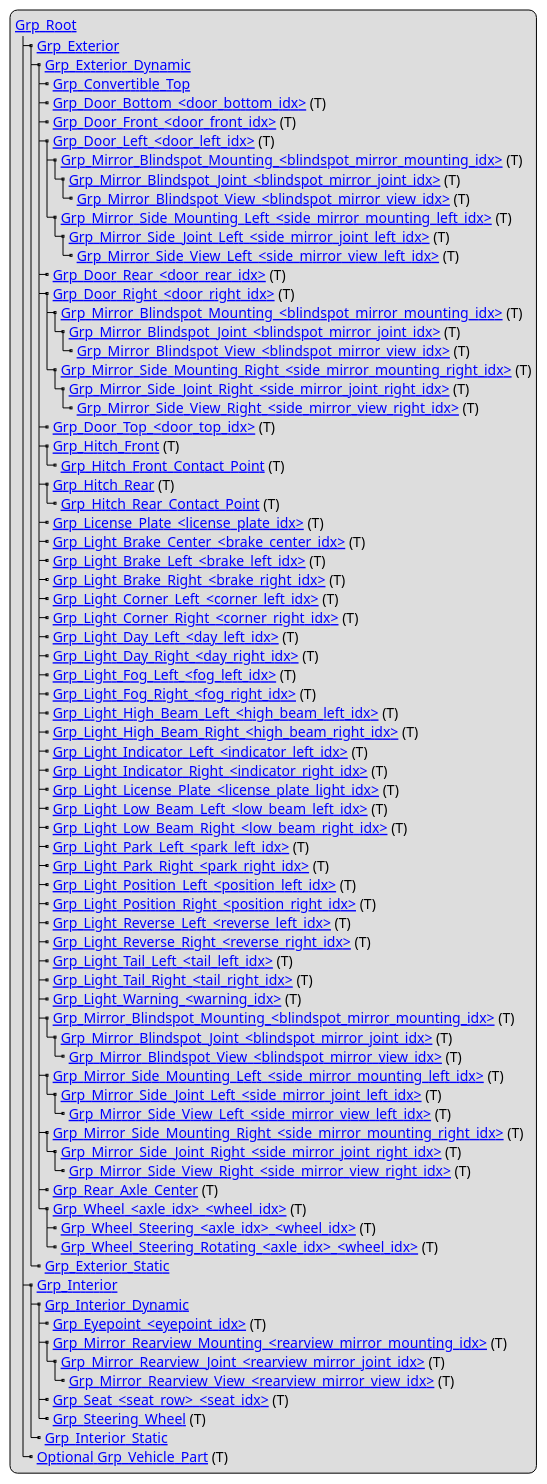
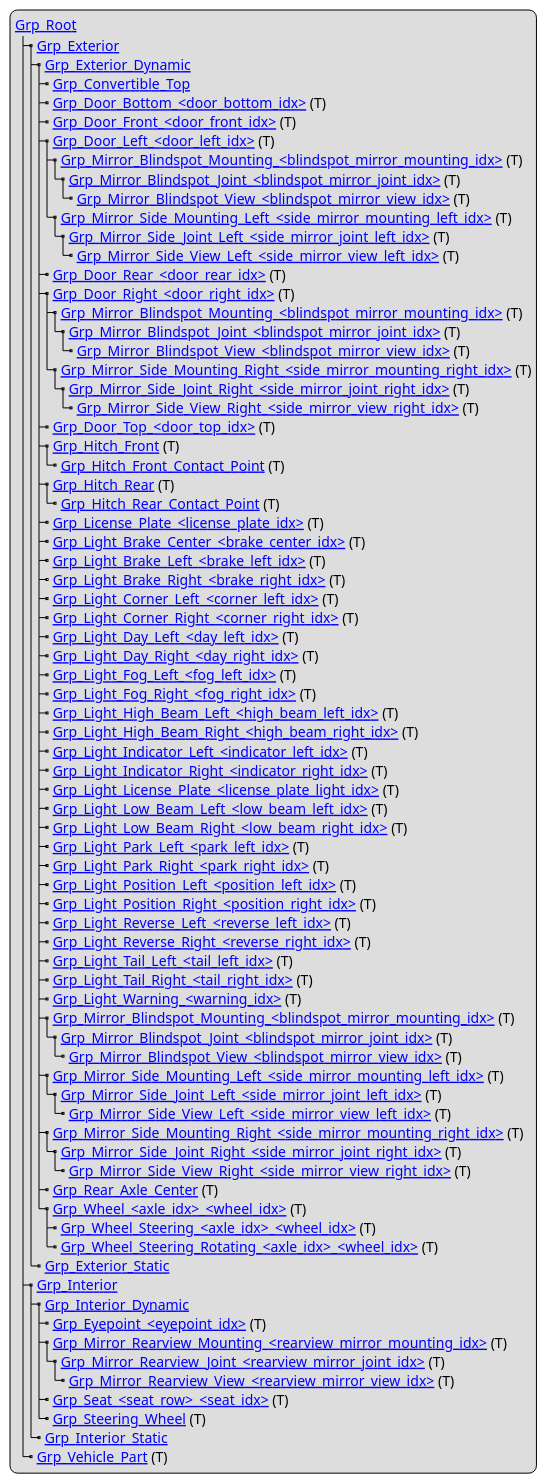
The diagram in content/geometry/object-vehicle/vehicle-structure.adoc (asam-ev/OpenMATERIAL), drawn with PlantUML before and after one commit. The commit also changed other lines of this file, not shown here.

Commit message:
Updated chapter sequence and remove "optional"

```diff
--- a/content/geometry/object-vehicle/vehicle-structure.adoc
+++ b/content/geometry/object-vehicle/vehicle-structure.adoc
@@ -9,81 +9,81 @@
 [plantuml]
 ----
 legend
 [[../geometry/object-vehicle/vehicle-index.html#_grp_root Grp_Root]]
 |_ [[../geometry/object-vehicle/vehicle-index.html#_grp_exterior Grp_Exterior]]
   |_ [[../geometry/object-vehicle/vehicle-index.html#_grp_exterior_dynamic Grp_Exterior_Dynamic]]
     |_ [[../geometry/object-vehicle/vehicle-index.html#_grp_convertible_top_t Grp_Convertible_Top]]
     |_ [[../geometry/object-vehicle/vehicle-index.html#_grp_door_bottom_door_bottom_idx_t Grp_Door_Bottom_<door_bottom_idx>]] (T)
     |_ [[../geometry/object-vehicle/vehicle-index.html#_grp_door_front_door_front_idx_t Grp_Door_Front_<door_front_idx>]] (T)
     |_ [[../geometry/object-vehicle/vehicle-index.html#_grp_door_left_door_left_idx_t Grp_Door_Left_<door_left_idx>]] (T)
       |_ [[../geometry/object-vehicle/vehicle-index.html#_grp_mirror_blindspot_mounting_blindspot_mirror_mounting_idx_t Grp_Mirror_Blindspot_Mounting_<blindspot_mirror_mounting_idx>]] (T)
         |_ [[../geometry/object-vehicle/vehicle-index.html#_grp_mirror_blindspot_joint_blindspot_mirror_joint_idx_t Grp_Mirror_Blindspot_Joint_<blindspot_mirror_joint_idx>]] (T)
           |_ [[../geometry/object-vehicle/vehicle-index.html#_grp_mirror_blindspot_view_blindspot_mirror_view_idx_t Grp_Mirror_Blindspot_View_<blindspot_mirror_view_idx>]] (T)
       |_ [[../geometry/object-vehicle/vehicle-index.html#_grp_mirror_side_mounting_left_side_mirror_mounting_left_idx_t Grp_Mirror_Side_Mounting_Left_<side_mirror_mounting_left_idx>]] (T)
         |_ [[../geometry/object-vehicle/vehicle-index.html#_grp_mirror_side_joint_left_side_mirror_joint_left_idx_t Grp_Mirror_Side_Joint_Left_<side_mirror_joint_left_idx>]] (T)
           |_ [[../geometry/object-vehicle/vehicle-index.html#_grp_mirror_side_view_left_side_mirror_view_left_idx_t Grp_Mirror_Side_View_Left_<side_mirror_view_left_idx>]] (T)
     |_ [[../geometry/object-vehicle/vehicle-index.html#_grp_door_rear_door_rear_idx_t Grp_Door_Rear_<door_rear_idx>]] (T)
     |_ [[../geometry/object-vehicle/vehicle-index.html#_grp_door_right_door_right_idx_t Grp_Door_Right_<door_right_idx>]] (T)
       |_ [[../geometry/object-vehicle/vehicle-index.html#_grp_mirror_blindspot_mounting_blindspot_mirror_mounting_idx_t Grp_Mirror_Blindspot_Mounting_<blindspot_mirror_mounting_idx>]] (T)
         |_ [[../geometry/object-vehicle/vehicle-index.html#_grp_mirror_blindspot_joint_blindspot_mirror_joint_idx_t Grp_Mirror_Blindspot_Joint_<blindspot_mirror_joint_idx>]] (T)
           |_ [[../geometry/object-vehicle/vehicle-index.html#_grp_mirror_blindspot_view_blindspot_mirror_view_idx_t Grp_Mirror_Blindspot_View_<blindspot_mirror_view_idx>]] (T)
       |_ [[../geometry/object-vehicle/vehicle-index.html#_grp_mirror_side_mounting_right_side_mirror_mounting_right_idx_t Grp_Mirror_Side_Mounting_Right_<side_mirror_mounting_right_idx>]] (T)
         |_ [[../geometry/object-vehicle/vehicle-index.html#_grp_mirror_side_joint_right_side_mirror_joint_right_idx_t Grp_Mirror_Side_Joint_Right_<side_mirror_joint_right_idx>]] (T)
           |_ [[../geometry/object-vehicle/vehicle-index.html#_grp_mirror_side_view_right_side_mirror_view_right_idx_t Grp_Mirror_Side_View_Right_<side_mirror_view_right_idx>]] (T)
     |_ [[../geometry/object-vehicle/vehicle-index.html#_grp_door_top_door_top_idx_t Grp_Door_Top_<door_top_idx>]] (T)
     |_ [[../geometry/object-vehicle/vehicle-index.html#_grp_hitch_front_t Grp_Hitch_Front]] (T)
       |_ [[../geometry/object-vehicle/vehicle-index.html#_grp_hitch_front_contact_point_t Grp_Hitch_Front_Contact_Point]] (T)
     |_ [[../geometry/object-vehicle/vehicle-index.html#_grp_hitch_rear_t Grp_Hitch_Rear]] (T)
       |_ [[../geometry/object-vehicle/vehicle-index.html#_grp_hitch_rear_contact_point_t Grp_Hitch_Rear_Contact_Point]] (T)
     |_ [[../geometry/object-vehicle/vehicle-index.html#_grp_license_plate_license_plate_idx_t Grp_License_Plate_<license_plate_idx>]] (T)
     |_ [[../geometry/object-vehicle/vehicle-index.html#_grp_light_brake_center_brake_center_idx_t Grp_Light_Brake_Center_<brake_center_idx>]] (T)
     |_ [[../geometry/object-vehicle/vehicle-index.html#_grp_light_brake_left_brake_left_idx_t Grp_Light_Brake_Left_<brake_left_idx>]] (T)
     |_ [[../geometry/object-vehicle/vehicle-index.html#_grp_light_brake_right_brake_right_idx_t Grp_Light_Brake_Right_<brake_right_idx>]] (T)
     |_ [[../geometry/object-vehicle/vehicle-index.html#_grp_light_corner_left_corner_left_idx_t Grp_Light_Corner_Left_<corner_left_idx>]] (T)
     |_ [[../geometry/object-vehicle/vehicle-index.html#_grp_light_corner_right_corner_right_idx_t Grp_Light_Corner_Right_<corner_right_idx>]] (T)
     |_ [[../geometry/object-vehicle/vehicle-index.html#_grp_light_day_left_day_left_idx_t Grp_Light_Day_Left_<day_left_idx>]] (T)
     |_ [[../geometry/object-vehicle/vehicle-index.html#_grp_light_day_right_day_right_idx_t Grp_Light_Day_Right_<day_right_idx>]] (T)
     |_ [[../geometry/object-vehicle/vehicle-index.html#_grp_light_fog_left_fog_left_idx_t Grp_Light_Fog_Left_<fog_left_idx>]] (T)
     |_ [[../geometry/object-vehicle/vehicle-index.html#_grp_light_fog_right_fog_right_idx_t Grp_Light_Fog_Right_<fog_right_idx>]] (T)
     |_ [[../geometry/object-vehicle/vehicle-index.html#_grp_light_high_beam_left_high_beam_left_idx_t Grp_Light_High_Beam_Left_<high_beam_left_idx>]] (T)
     |_ [[../geometry/object-vehicle/vehicle-index.html#_grp_light_high_beam_right_high_beam_right_idx_t Grp_Light_High_Beam_Right_<high_beam_right_idx>]] (T)
     |_ [[../geometry/object-vehicle/vehicle-index.html#_grp_light_indicator_left_indicator_left_idx_t Grp_Light_Indicator_Left_<indicator_left_idx>]] (T)
     |_ [[../geometry/object-vehicle/vehicle-index.html#_grp_light_indicator_right_indicator_right_idx_t Grp_Light_Indicator_Right_<indicator_right_idx>]] (T)
     |_ [[../geometry/object-vehicle/vehicle-index.html#_grp_light_license_plate_license_plate_light_idx_t Grp_Light_License_Plate_<license_plate_light_idx>]] (T)
     |_ [[../geometry/object-vehicle/vehicle-index.html#_grp_light_low_beam_left_low_beam_left_idx_t Grp_Light_Low_Beam_Left_<low_beam_left_idx>]] (T)
     |_ [[../geometry/object-vehicle/vehicle-index.html#_grp_light_low_beam_right_low_beam_right_idx_t Grp_Light_Low_Beam_Right_<low_beam_right_idx>]] (T)
     |_ [[../geometry/object-vehicle/vehicle-index.html#_grp_light_park_left_park_left_idx_t Grp_Light_Park_Left_<park_left_idx>]] (T)
     |_ [[../geometry/object-vehicle/vehicle-index.html#_grp_light_park_right_park_right_idx_t Grp_Light_Park_Right_<park_right_idx>]] (T)
     |_ [[../geometry/object-vehicle/vehicle-index.html#_grp_light_position_left_position_left_idx_t Grp_Light_Position_Left_<position_left_idx>]] (T)
     |_ [[../geometry/object-vehicle/vehicle-index.html#_grp_light_position_right_position_right_idx_t Grp_Light_Position_Right_<position_right_idx>]] (T)
     |_ [[../geometry/object-vehicle/vehicle-index.html#_grp_light_reverse_left_reverse_left_idx_t Grp_Light_Reverse_Left_<reverse_left_idx>]] (T)
     |_ [[../geometry/object-vehicle/vehicle-index.html#_grp_light_reverse_right_reverse_right_idx_t Grp_Light_Reverse_Right_<reverse_right_idx>]] (T)
     |_ [[../geometry/object-vehicle/vehicle-index.html#_grp_light_tail_left_tail_left_idx_t Grp_Light_Tail_Left_<tail_left_idx>]] (T)
     |_ [[../geometry/object-vehicle/vehicle-index.html#_grp_light_tail_right_tail_right_idx_t Grp_Light_Tail_Right_<tail_right_idx>]] (T)
     |_ [[../geometry/object-vehicle/vehicle-index.html#_grp_light_warning_warning_idx_t Grp_Light_Warning_<warning_idx>]] (T)
     |_ [[../geometry/object-vehicle/vehicle-index.html#_grp_mirror_blindspot_mounting_blindspot_mirror_mounting_idx_t Grp_Mirror_Blindspot_Mounting_<blindspot_mirror_mounting_idx>]] (T)
       |_ [[../geometry/object-vehicle/vehicle-index.html#_grp_mirror_blindspot_joint_blindspot_mirror_joint_idx_t Grp_Mirror_Blindspot_Joint_<blindspot_mirror_joint_idx>]] (T)
         |_ [[../geometry/object-vehicle/vehicle-index.html#_grp_mirror_blindspot_view_blindspot_mirror_view_idx_t Grp_Mirror_Blindspot_View_<blindspot_mirror_view_idx>]] (T)
     |_ [[../geometry/object-vehicle/vehicle-index.html#_grp_mirror_side_mounting_left_side_mirror_mounting_left_idx_t Grp_Mirror_Side_Mounting_Left_<side_mirror_mounting_left_idx>]] (T)
       |_ [[../geometry/object-vehicle/vehicle-index.html#_grp_mirror_side_joint_left_side_mirror_joint_left_idx_t Grp_Mirror_Side_Joint_Left_<side_mirror_joint_left_idx>]] (T)
         |_ [[../geometry/object-vehicle/vehicle-index.html#_grp_mirror_side_view_left_side_mirror_view_left_idx_t Grp_Mirror_Side_View_Left_<side_mirror_view_left_idx>]] (T)
     |_ [[../geometry/object-vehicle/vehicle-index.html#_grp_mirror_side_mounting_right_side_mirror_mounting_right_idx_t Grp_Mirror_Side_Mounting_Right_<side_mirror_mounting_right_idx>]] (T)
       |_ [[../geometry/object-vehicle/vehicle-index.html#_grp_mirror_side_joint_right_side_mirror_joint_right_idx_t Grp_Mirror_Side_Joint_Right_<side_mirror_joint_right_idx>]] (T)
         |_ [[../geometry/object-vehicle/vehicle-index.html#_grp_mirror_side_view_right_side_mirror_view_right_idx_t Grp_Mirror_Side_View_Right_<side_mirror_view_right_idx>]] (T)
     |_ [[../geometry/object-vehicle/vehicle-index.html#_grp_rear_axle_center_t Grp_Rear_Axle_Center]] (T)
     |_ [[../geometry/object-vehicle/vehicle-index.html#_grp_wheel_axle_idx_wheel_idx_t Grp_Wheel_<axle_idx>_<wheel_idx>]] (T)
       |_ [[../geometry/object-vehicle/vehicle-index.html#_grp_wheel_steering_axle_idx_wheel_idx_t Grp_Wheel_Steering_<axle_idx>_<wheel_idx>]] (T)
       |_ [[../geometry/object-vehicle/vehicle-index.html#_grp_wheel_steering_rotating_axle_idx_wheel_idx_t Grp_Wheel_Steering_Rotating_<axle_idx>_<wheel_idx>]] (T)
   |_ [[../geometry/object-vehicle/vehicle-index.html#_grp_exterior_static Grp_Exterior_Static]]
 |_ [[../geometry/object-vehicle/vehicle-index.html#_grp_interior Grp_Interior]]
   |_ [[../geometry/object-vehicle/vehicle-index.html#_grp_interior_dynamic Grp_Interior_Dynamic]]
     |_ [[../geometry/object-vehicle/vehicle-index.html#_grp_eyepoint_eyepoint_idx_t Grp_Eyepoint_<eyepoint_idx>]] (T)
     |_ [[../geometry/object-vehicle/vehicle-index.html#_grp_mirror_rearview_mounting_rearview_mirror_mounting_idx_t Grp_Mirror_Rearview_Mounting_<rearview_mirror_mounting_idx>]] (T)
       |_ [[../geometry/object-vehicle/vehicle-index.html#_grp_mirror_rearview_joint_rearview_mirror_joint_idx_t Grp_Mirror_Rearview_Joint_<rearview_mirror_joint_idx>]] (T)
         |_ [[../geometry/object-vehicle/vehicle-index.html#_grp_mirror_rearview_view_rearview_mirror_view_idx_t Grp_Mirror_Rearview_View_<rearview_mirror_view_idx>]] (T)
     |_ [[../geometry/object-vehicle/vehicle-index.html#_grp_seat_seat_row_seat_idx_t Grp_Seat_<seat_row>_<seat_idx>]] (T)
     |_ [[../geometry/object-vehicle/vehicle-index.html#_grp_steering_wheel_t Grp_Steering_Wheel]] (T)
   |_ [[../geometry/object-vehicle/vehicle-index.html#_grp_interior_static Grp_Interior_Static]]
-|_ [[../geometry/object-vehicle/vehicle-index.html#_grp_vehicle_part_t Optional Grp_Vehicle_Part]] (T)
+|_ [[../geometry/object-vehicle/vehicle-index.html#_grp_vehicle_part_t Grp_Vehicle_Part]] (T)
 end legend
 ----
```
